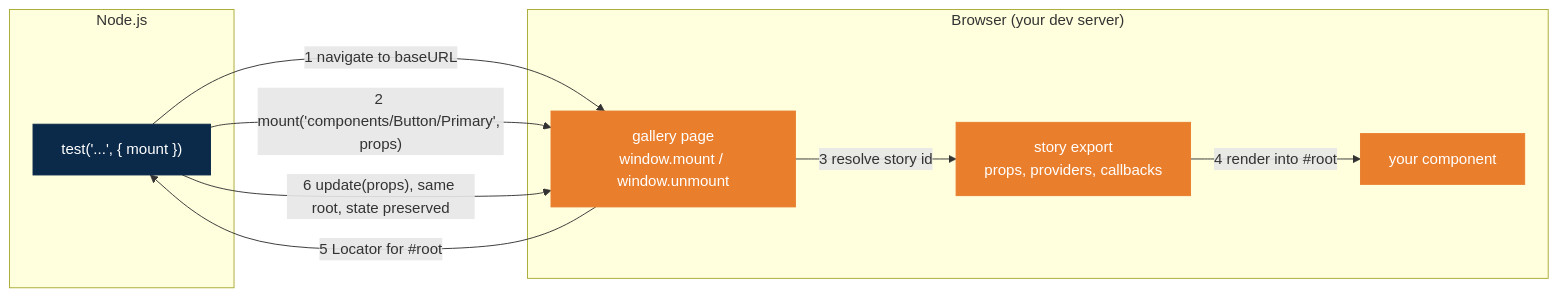
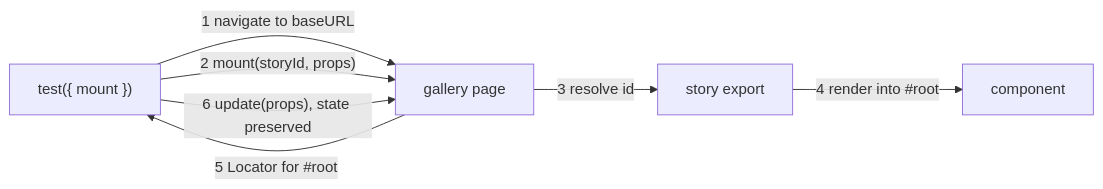
Before and after one commit to testdino-hq/playwright-releases: the second of 4 diagrams in 1.62/readme.md, drawn with Mermaid. The commit also changed other lines of this file and 4 other files, not shown here.

````diff
--- a/1.62/readme.md
+++ b/1.62/readme.md
@@ -123,23 +103,9 @@
 ```mermaid
 flowchart LR
-    subgraph NODE["Node.js"]
-        T["test('...', { mount })"]
-    end
-    subgraph BROWSER["Browser (your dev server)"]
-        G["gallery page<br/>window.mount / window.unmount"]
-        S["story export<br/>props, providers, callbacks"]
-        C["your component"]
-    end
-
-    T -->|"1 navigate to baseURL"| G
-    T -->|"2 mount('components/Button/Primary', props)"| G
-    G -->|"3 resolve story id"| S
-    S -->|"4 render into #root"| C
+    T["test({ mount })"] -->|"1 navigate to baseURL"| G["gallery page"]
+    T -->|"2 mount(storyId, props)"| G
+    G -->|"3 resolve id"| S["story export"]
+    S -->|"4 render into #root"| C["component"]
     G -->|"5 Locator for #root"| T
-    T -->|"6 update(props), same root, state preserved"| G
-
-    classDef node fill:#0B2A4A,stroke:#0B2A4A,color:#fff;
-    classDef br fill:#E97E2D,stroke:#E97E2D,color:#fff;
-    class T node;
-    class G,S,C br;
+    T -->|"6 update(props), state preserved"| G
 ```
````
